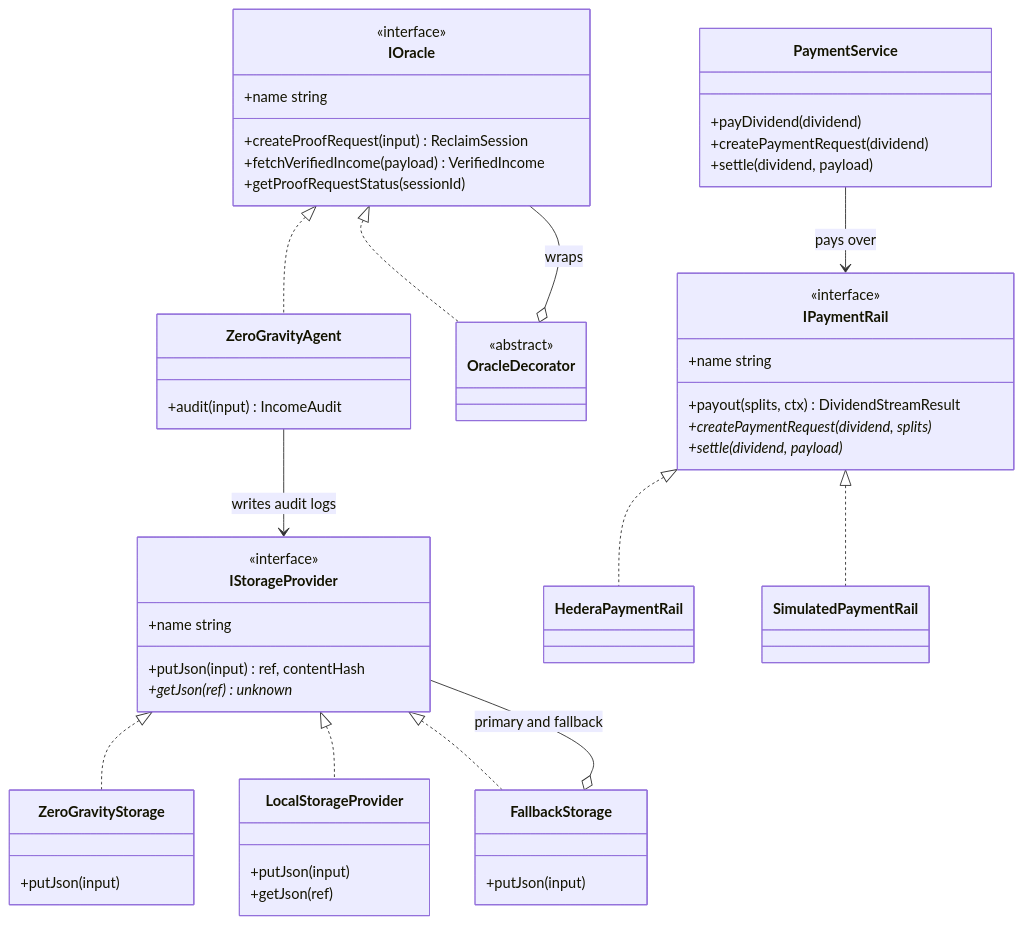
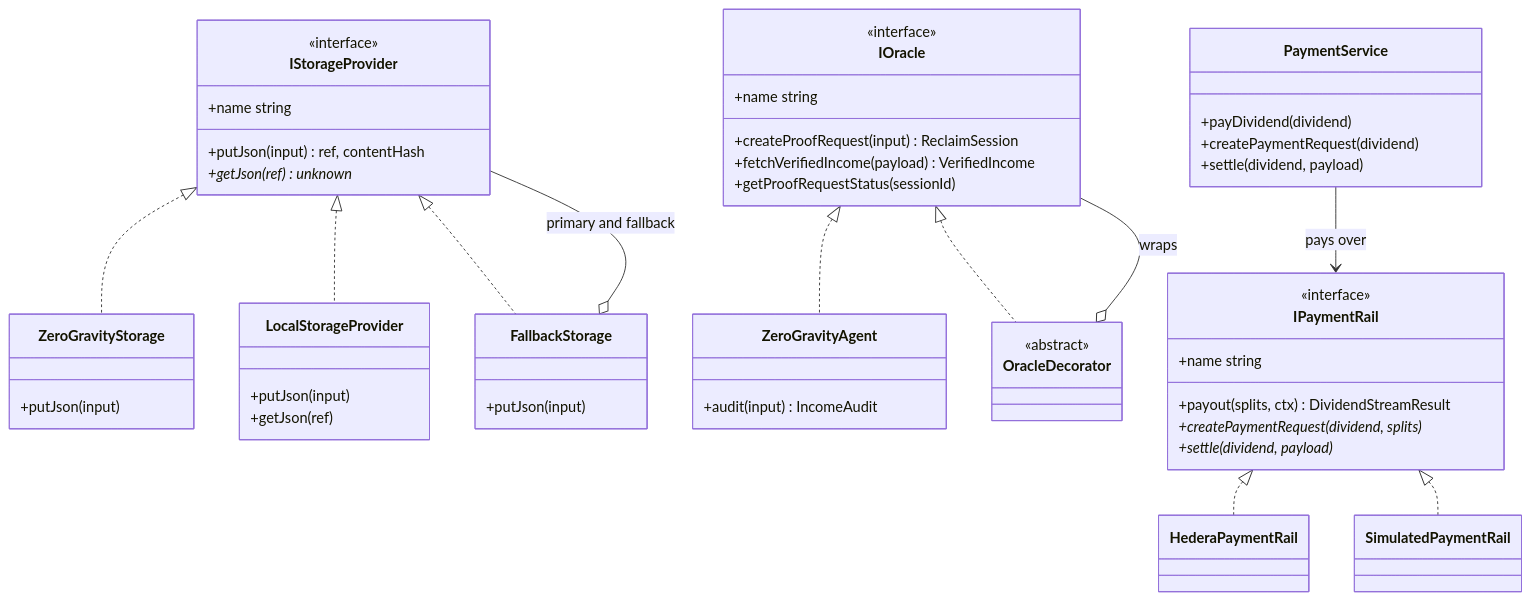
Before and after one commit to predatorx7/stakeme-ex: the first of 3 diagrams in docs/architecture-adapters.md, drawn with Mermaid. The commit also changed other lines of this file and 29 other files, not shown here.

````diff
--- a/docs/architecture-adapters.md
+++ b/docs/architecture-adapters.md
@@ -8,57 +8,56 @@
 ```mermaid
 classDiagram
     class IStorageProvider {
         <<interface>>
         +name string
         +putJson(input) ref, contentHash
         +getJson(ref)* unknown
     }
     class ZeroGravityStorage {
         +putJson(input)
     }
     class LocalStorageProvider {
         +putJson(input)
         +getJson(ref)
     }
     class FallbackStorage {
         +putJson(input)
     }
     class IOracle {
         <<interface>>
         +name string
         +createProofRequest(input) ReclaimSession
         +fetchVerifiedIncome(payload) VerifiedIncome
         +getProofRequestStatus(sessionId)
     }
     class ZeroGravityAgent {
         +audit(input) IncomeAudit
     }
     class OracleDecorator {
         <<abstract>>
     }
     class IPaymentRail {
         <<interface>>
         +name string
         +payout(splits, ctx) DividendStreamResult
         +createPaymentRequest(dividend, splits)*
         +settle(dividend, payload)*
     }
     class HederaPaymentRail
     class SimulatedPaymentRail
     class PaymentService {
         +payDividend(dividend)
         +createPaymentRequest(dividend)
         +settle(dividend, payload)
     }
     IStorageProvider <|.. ZeroGravityStorage
     IStorageProvider <|.. LocalStorageProvider
     IStorageProvider <|.. FallbackStorage
     FallbackStorage o-- IStorageProvider : primary and fallback
     IOracle <|.. ZeroGravityAgent
     IOracle <|.. OracleDecorator
     OracleDecorator o-- IOracle : wraps
-    ZeroGravityAgent --> IStorageProvider : writes audit logs
     IPaymentRail <|.. HederaPaymentRail
     IPaymentRail <|.. SimulatedPaymentRail
     PaymentService --> IPaymentRail : pays over
 ```
````
